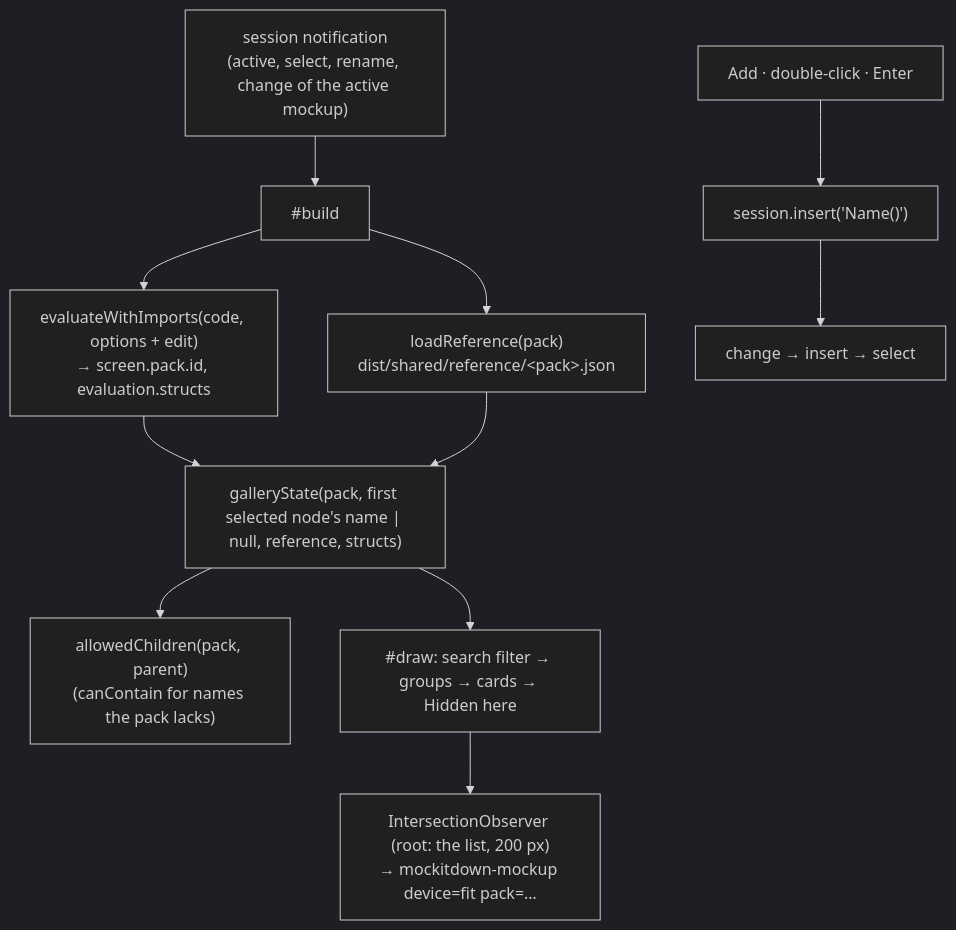
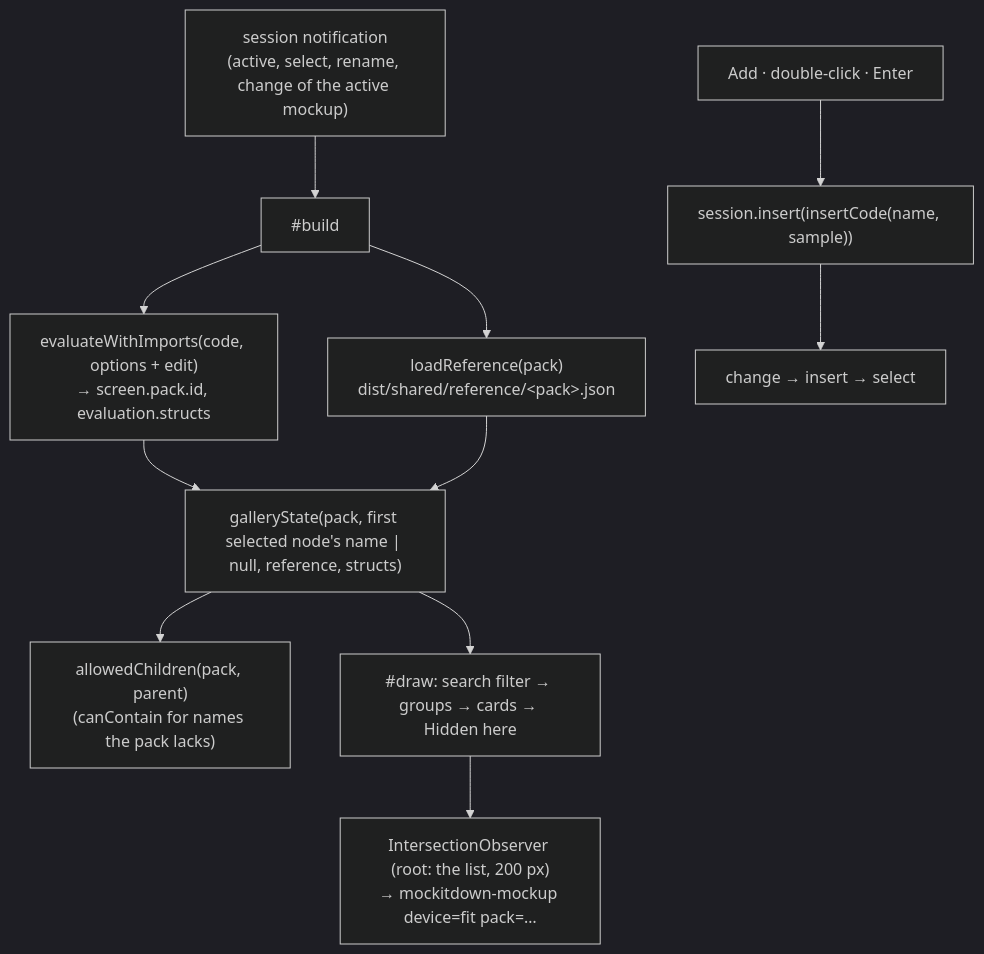
The diagram in docs/implementation/architecture/gallery-element.md (bbogovich/mockitdown), drawn with Mermaid (dark theme) before and after one commit. The commit also changed other lines of this file and 37 other files, not shown here.

````diff
--- a/docs/implementation/architecture/gallery-element.md
+++ b/docs/implementation/architecture/gallery-element.md
@@ -52,13 +54,13 @@
 ```mermaid
 flowchart TD
   N["session notification<br/>(active, select, rename, change of the active mockup)"] --> B["#build"]
   B --> E["evaluateWithImports(code, options + edit)<br/>→ screen.pack.id, evaluation.structs"]
   B --> R["loadReference(pack)<br/>dist/shared/reference/&lt;pack&gt;.json"]
   E --> S["galleryState(pack, first selected node's name | null, reference, structs)"]
   R --> S
   S --> AC["allowedChildren(pack, parent)<br/>(canContain for names the pack lacks)"]
   S --> D["#draw: search filter → groups → cards → Hidden here"]
   D --> IO["IntersectionObserver (root: the list, 200 px)<br/>→ mockitdown-mockup device=fit pack=…"]
-  U["Add · double-click · Enter"] --> INS["session.insert('Name()')"]
+  U["Add · double-click · Enter"] --> INS["session.insert(insertCode(name, sample))"]
   INS --> NOT["change → insert → select"]
 ```
````
